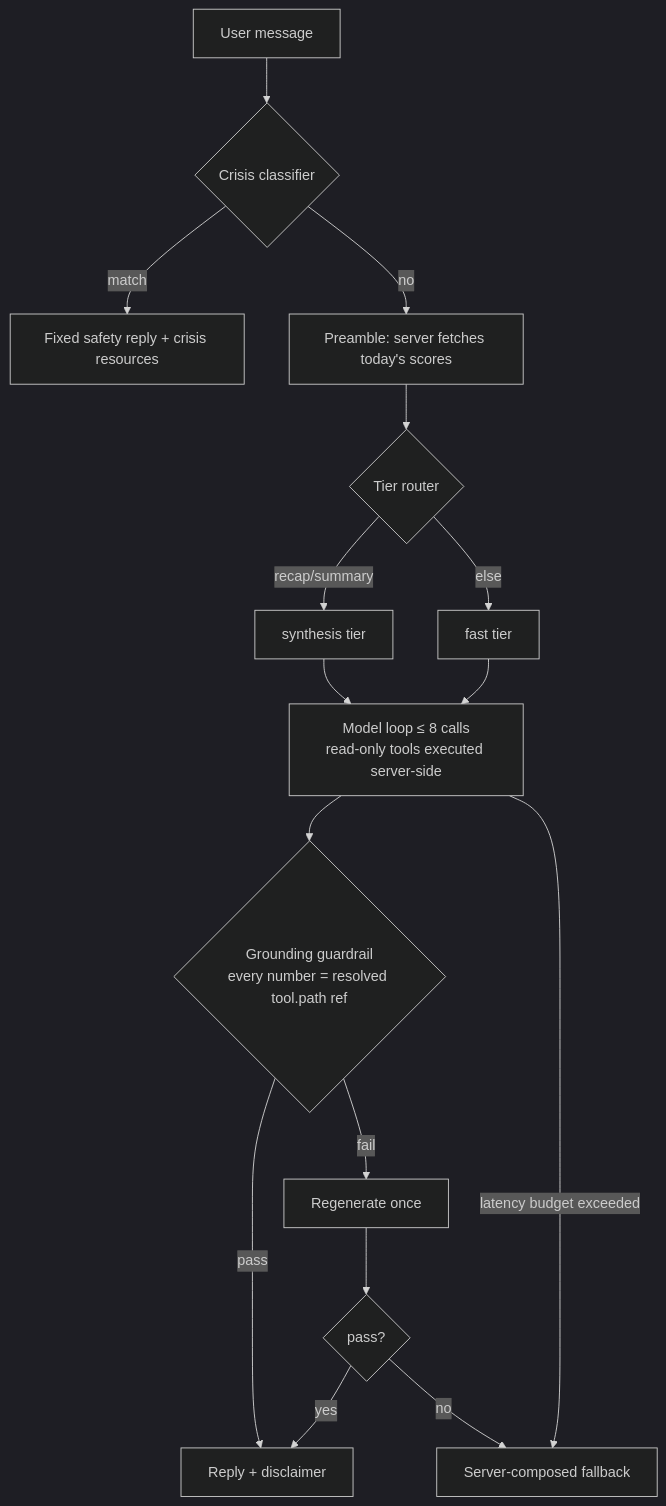
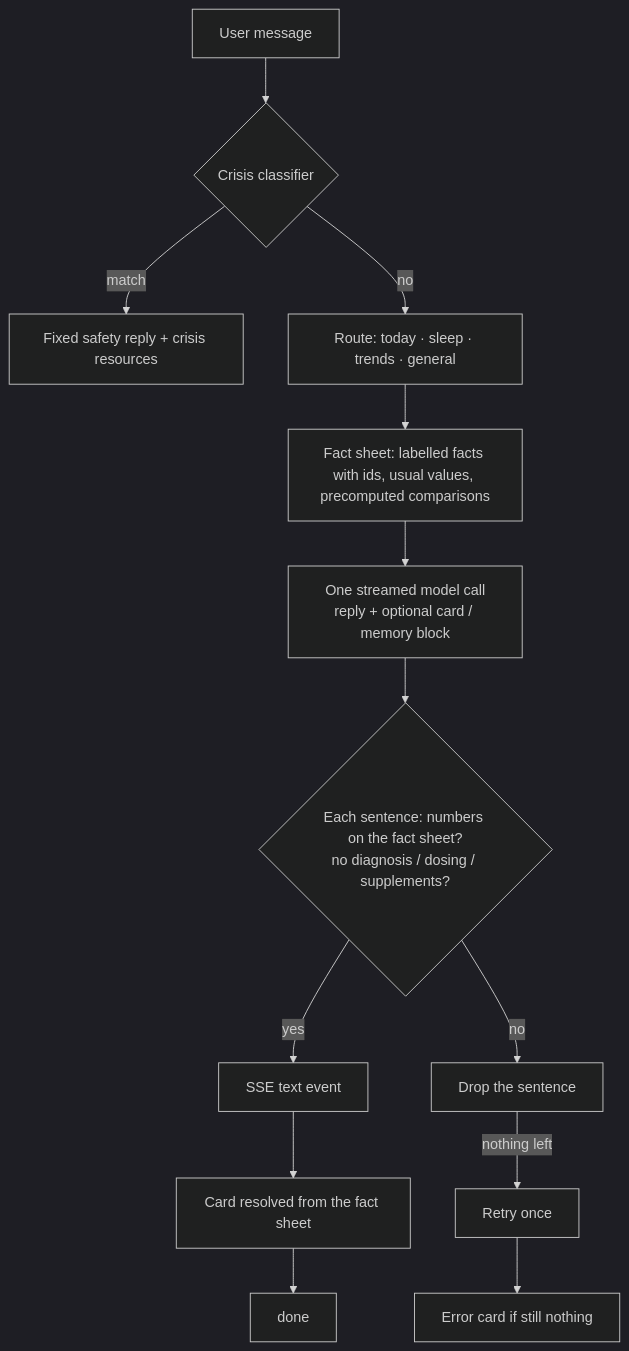
Before and after one commit to tusharcora/Biometrics: the second of 2 diagrams in README.md, drawn with Mermaid (dark theme). The commit also changed other lines of this file and 1 other file, not shown here.

````diff
--- a/README.md
+++ b/README.md
@@ -275,16 +276,13 @@
 ```mermaid
 flowchart TD
   M[User message] --> C{Crisis classifier}
   C -- match --> S[Fixed safety reply + crisis resources]
-  C -- no --> P[Preamble: server fetches today's scores]
-  P --> T{Tier router}
-  T -- recap/summary --> SY[synthesis tier]
-  T -- else --> FA[fast tier]
-  SY & FA --> L[Model loop ≤ 8 calls<br/>read-only tools executed server-side]
-  L --> G{Grounding guardrail<br/>every number = resolved tool.path ref}
-  G -- pass --> R[Reply + disclaimer]
-  G -- fail --> RG[Regenerate once] --> G2{pass?}
-  G2 -- yes --> R
-  G2 -- no --> F[Server-composed fallback]
-  L -- latency budget exceeded --> F
+  C -- no --> R[Route: today · sleep · trends · general]
+  R --> F[Fact sheet: labelled facts with ids, usual values, precomputed comparisons]
+  F --> L[One streamed model call<br/>reply + optional card / memory block]
+  L --> V{Each sentence: numbers on the fact sheet?<br/>no diagnosis / dosing / supplements?}
+  V -- yes --> T[SSE text event]
+  V -- no --> D[Drop the sentence]
+  D -- nothing left --> RG[Retry once] --> E[Error card if still nothing]
+  T --> K[Card resolved from the fact sheet] --> DN[done]
 ```
````
